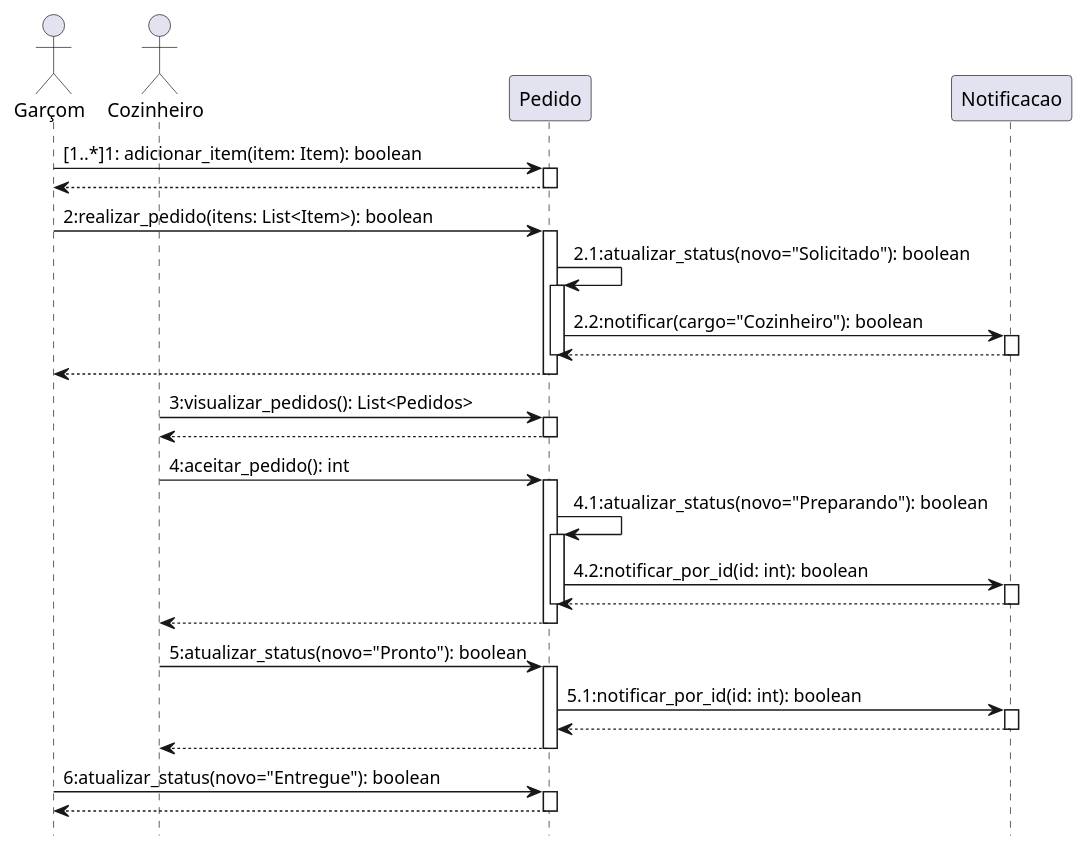
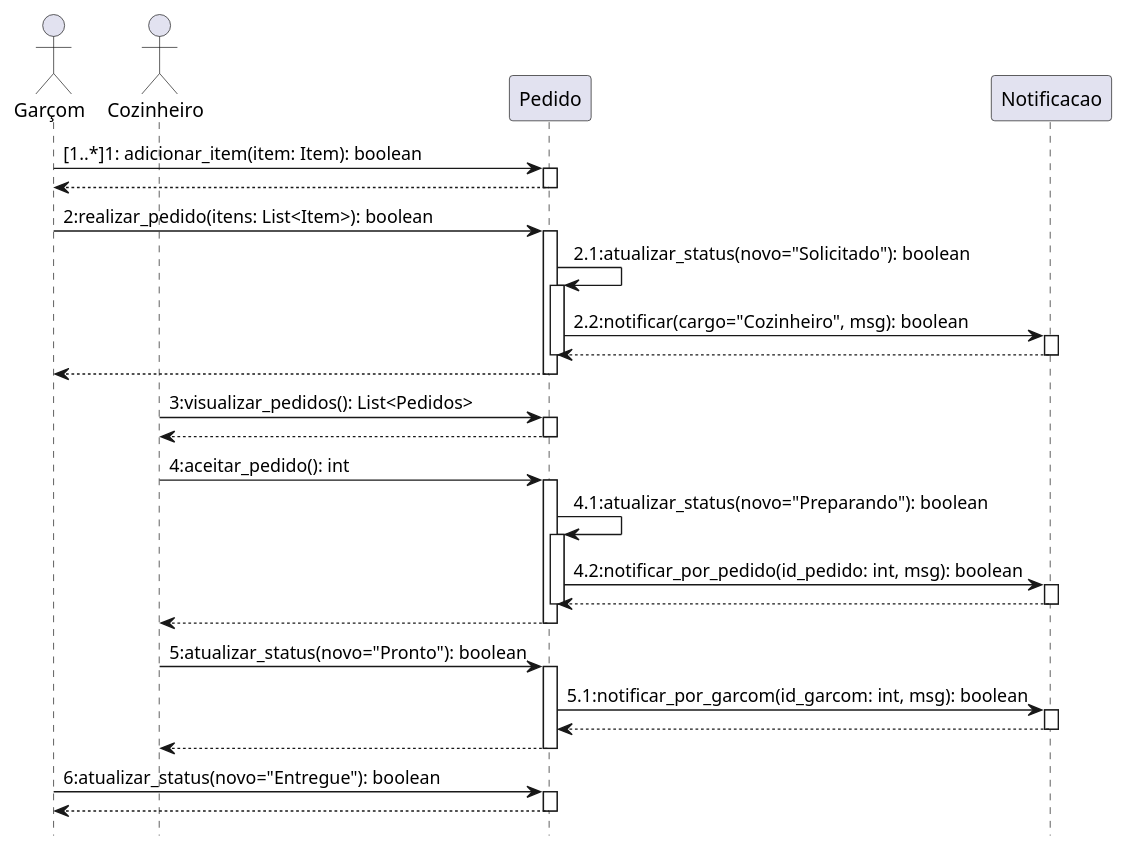
Before and after one commit to FerdinandChagas/uml_examples: the diagram in restaurante/diagrama_sequencia01.iuml, drawn with PlantUML. The commit also changed 5 other files, not shown here.

Commit message:
restaurante - diagrama de sequencia 02

```diff
--- a/restaurante/diagrama_sequencia01.iuml
+++ b/restaurante/diagrama_sequencia01.iuml
@@ -1,67 +1,67 @@
 @startuml
 hide footbox
 
 actor Garçom as garcom
 actor Cozinheiro as cozinheiro
 
 participant Pedido as pedido
 participant Notificacao as notificacao
 
 garcom -> pedido: [1..*]1: adicionar_item(item: Item): boolean
 activate pedido
 
 pedido --> garcom
 deactivate pedido
 
 garcom -> pedido: 2:realizar_pedido(itens: List<Item>): boolean
 activate pedido
 
 
 
 pedido -> pedido: 2.1:atualizar_status(novo="Solicitado"): boolean
 activate pedido
-pedido -> notificacao: 2.2:notificar(cargo="Cozinheiro"): boolean
+pedido -> notificacao: 2.2:notificar(cargo="Cozinheiro", msg): boolean
 activate notificacao
 notificacao --> pedido
 deactivate notificacao
 deactivate pedido
 
 pedido --> garcom
 deactivate pedido
 
 cozinheiro -> pedido: 3:visualizar_pedidos(): List<Pedidos>
 activate pedido
 
 pedido --> cozinheiro
 deactivate pedido
 
 cozinheiro -> pedido: 4:aceitar_pedido(): int
 activate pedido
 
 pedido -> pedido: 4.1:atualizar_status(novo="Preparando"): boolean
 activate pedido
-pedido -> notificacao: 4.2:notificar_por_id(id: int): boolean
+pedido -> notificacao: 4.2:notificar_por_pedido(id_pedido: int, msg): boolean
 activate notificacao
 notificacao --> pedido
 deactivate notificacao
 
 deactivate pedido
 pedido --> cozinheiro
 deactivate pedido
 
 cozinheiro -> pedido: 5:atualizar_status(novo="Pronto"): boolean
 activate pedido
-pedido -> notificacao: 5.1:notificar_por_id(id: int): boolean
+pedido -> notificacao: 5.1:notificar_por_garcom(id_garcom: int, msg): boolean
 activate notificacao
 notificacao --> pedido
 deactivate notificacao
 
 pedido --> cozinheiro
 deactivate pedido
 
 garcom -> pedido: 6:atualizar_status(novo="Entregue"): boolean
 activate pedido
 pedido --> garcom
 deactivate pedido
 
 @enduml
```
